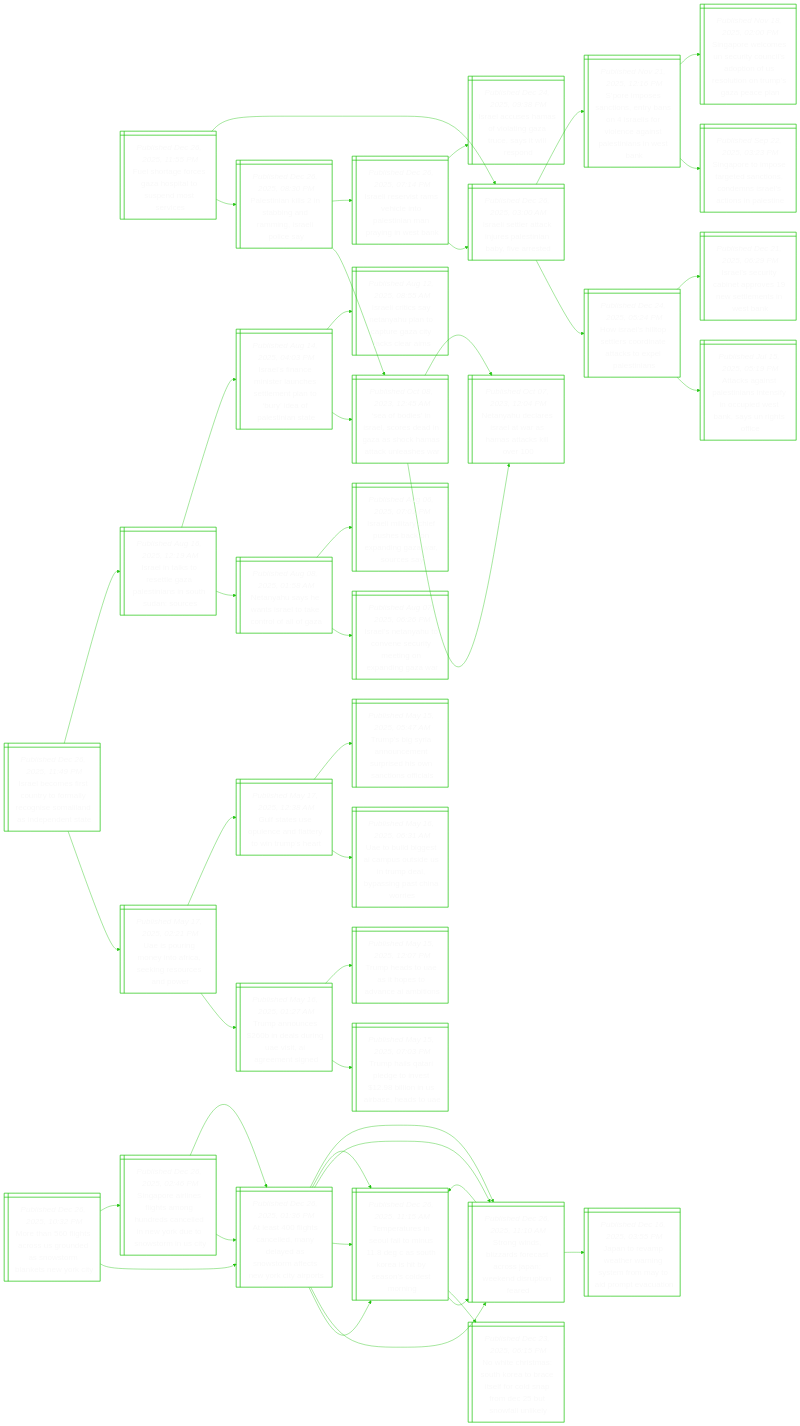
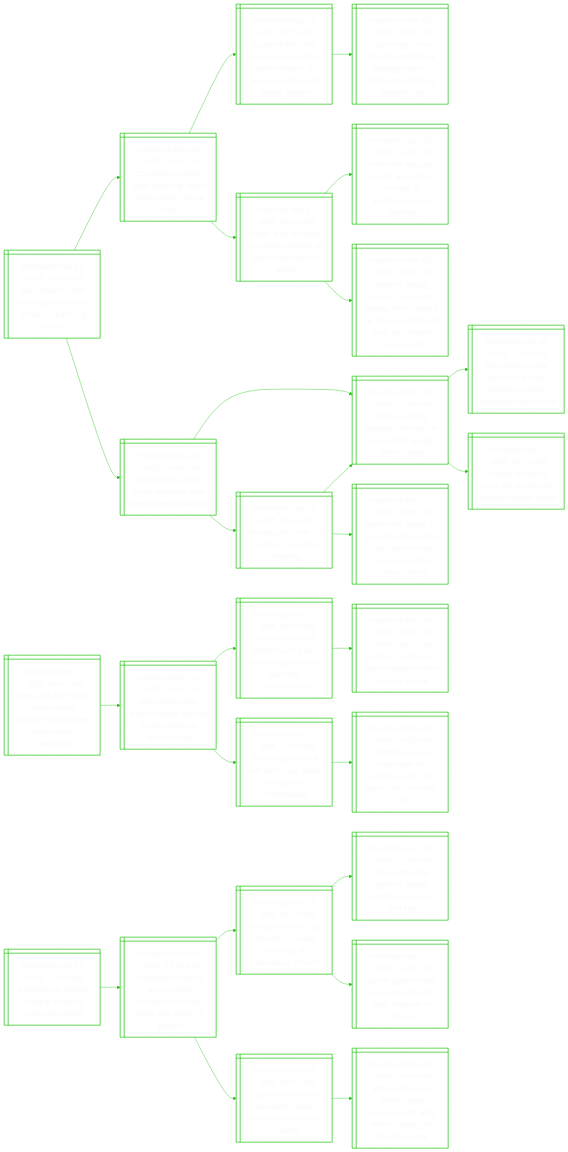
The diagram in README.md (notJmes/notJmes), drawn with Mermaid before and after one commit. The commit also changed other lines of this file, not shown here.

````diff
--- a/README.md
+++ b/README.md
@@ -16,142 +16,88 @@
 flowchart LR
 classDef txtsize font-size:20px;
 
-Fhgczptpors@{ shape: win-pane, label: "_Published Dec 26, 2025, 11:55 PM_
-Fuel shortage forces gaza hospital to suspend most services" }
-Ptnsagagela@{ shape: win-pane, label: "_Published Dec 26, 2025, 08:30 PM_
-Palestinian kills 2 in stabbing and ramming, israeli police say" }
-Sbsrcdnacaale@{ shape: win-pane, label: "_Published Oct 08, 2023, 12:45 AM_
-‘sea of bodies’ in israel, scores dead in gaza as shock hamas attack unleashes war" }
-NyeeawHakl@{ shape: win-pane, label: "_Published Oct 07, 2023, 12:04 PM_
-Netanyahu declares israel at war as hamas attacks kill over 100" }
-NyeeawHakl@{ shape: win-pane, label: "_Published Oct 07, 2023, 12:04 PM_
-Netanyahu declares israel at war as hamas attacks kill over 100" }
-Iletvlosapnen@{ shape: win-pane, label: "_Published Dec 26, 2025, 07:14 PM_
-Israeli reservist rams vehicle into palestinian man praying in west bank" }
-Ilttieeibes@{ shape: win-pane, label: "_Published Dec 26, 2025, 03:00 AM_
-Israeli settler attack injures palestinian baby, five arrested" }
-Ilsmvtauyis@{ shape: win-pane, label: "_Published Dec 24, 2025, 09:38 PM_
-Israel accuses hamas of violating gaza truce, says it will respond" }
-Ilttieeibes@{ shape: win-pane, label: "_Published Dec 26, 2025, 03:00 AM_
-Israeli settler attack injures palestinian baby, five arrested" }
-Hrhotciakxais@{ shape: win-pane, label: "_Published Dec 24, 2025, 05:24 PM_
-How israel’s hilltop settlers coordinate attacks to expel palestinians" }
-AkiaisniuWayioe@{ shape: win-pane, label: "_Published Jul 15, 2025, 05:19 PM_
-Attacks against palestinians intensify in occupied west bank, says un rights office" }
-IluCerntenB@{ shape: win-pane, label: "_Published Dec 21, 2025, 06:29 PM_
-Israel’s security cabinet approves 19 new settlements in west bank" }
-Siecsyoafoenlnit@{ shape: win-pane, label: "_Published Nov 21, 2025, 12:16 PM_
-S’pore imposes sanctions, entry bans on 4 israelis for violence against palestinians in west bank" }
-Sposgsionacsln@{ shape: win-pane, label: "_Published Sep 22, 2025, 03:23 PM_
-Singapore to impose targeted sanctions, condemns israel’s actions in palestine" }
-SpeeetnaiUoorGel@{ shape: win-pane, label: "_Published Nov 18, 2025, 02:00 PM_
-Singapore welcomes un security council’s adoption of us resolution on trump’s gaza peace plan" }
+Mtdrechonsce@{ shape: win-pane, label: "_Published Dec 27, 2025, 03:50 AM_
+Man detained after knife attack on three women in paris city centre" }
+ieaftnurtfas@{ shape: win-pane, label: "_Published Dec 26, 2025, 06:01 PM_
+15 injured in japan after stabbing, liquid spray attack, official says" }
+Scdrkdupecnnnfap@{ shape: win-pane, label: "_Published May 25, 2023, 07:20 PM_
+Suspect held after four killed, including 2 police officers, in japan gun and knife attack: reports" }
+Jhcsnefaghmolgia@{ shape: win-pane, label: "_Published Mar 02, 2023, 02:21 PM_
+Japan high school student arrested for stabbing teacher, admits to mutilating multiple cats" }
+JAiytwkrewt@{ shape: win-pane, label: "_Published Mar 17, 2025, 01:20 PM_
+Japan aum shinrikyo cult widow speaks 30 years after subway attack" }
+UeaJssmaamne@{ shape: win-pane, label: "_Published Jun 10, 2024, 01:00 PM_
+Unlike the yakuza, japan’s latest crime menace is anonymous and faceless" }
+Jsynldaomstrfsreue@{ shape: win-pane, label: "_Published Mar 02, 2023, 06:29 PM_
+Japan’s ‘happy science’ cult leader okawa, who claimed he spoke to spirits of jesus and freddie mercury, dies" }
+Tnsloserlrb@{ shape: win-pane, label: "_Published Dec 26, 2025, 04:14 PM_
+Taiwan holds drill to boost response after deadly metro stabbing" }
+Kwitrseiiroc@{ shape: win-pane, label: "_Published Dec 19, 2025, 07:57 PM_
+Knife-wielding attacker kills three in taipei, dies during police chase" }
+Ngefentsiioaf@{ shape: win-pane, label: "_Published Dec 20, 2025, 12:38 PM_
+No singaporeans affected by knife attacks in taipei: singapore trade office" }
+Tnivuqiesyc@{ shape: win-pane, label: "_Published Dec 20, 2025, 01:50 PM_
+Taiwan president vows full inquiry into deadly subway attack" }
+Tnceeimsi@{ shape: win-pane, label: "_Published Dec 21, 2025, 05:20 PM_
+Taiwan police rule out ‘terrorism’ in metro stabbing" }
+Kwitrseiiroc@{ shape: win-pane, label: "_Published Dec 19, 2025, 07:57 PM_
+Knife-wielding attacker kills three in taipei, dies during police chase" }
+Tiecrhettrfoheh@{ shape: win-pane, label: "_Published Dec 21, 2025, 03:55 PM_
+Taipei knife attack: 57-year-old who tried to stop attacker died from wound that pierced heart" }
 
-Fhgczptpors:::txtsize --> Ptnsagagela:::txtsize
-Ptnsagagela:::txtsize --> Sbsrcdnacaale:::txtsize
-Sbsrcdnacaale:::txtsize --> NyeeawHakl:::txtsize
-Sbsrcdnacaale:::txtsize --> NyeeawHakl:::txtsize
-Ptnsagagela:::txtsize --> Iletvlosapnen:::txtsize
-Iletvlosapnen:::txtsize --> Ilttieeibes:::txtsize
-Iletvlosapnen:::txtsize --> Ilsmvtauyis:::txtsize
-Fhgczptpors:::txtsize --> Ilttieeibes:::txtsize
-Ilttieeibes:::txtsize --> Hrhotciakxais:::txtsize
-Hrhotciakxais:::txtsize --> AkiaisniuWayioe:::txtsize
-Hrhotciakxais:::txtsize --> IluCerntenB:::txtsize
-Ilttieeibes:::txtsize --> Siecsyoafoenlnit:::txtsize
-Siecsyoafoenlnit:::txtsize --> Sposgsionacsln:::txtsize
-Siecsyoafoenlnit:::txtsize --> SpeeetnaiUoorGel:::txtsize
+Mtdrechonsce:::txtsize --> ieaftnurtfas:::txtsize
+ieaftnurtfas:::txtsize --> Scdrkdupecnnnfap:::txtsize
+Scdrkdupecnnnfap:::txtsize --> Jhcsnefaghmolgia:::txtsize
+ieaftnurtfas:::txtsize --> JAiytwkrewt:::txtsize
+JAiytwkrewt:::txtsize --> UeaJssmaamne:::txtsize
+JAiytwkrewt:::txtsize --> Jsynldaomstrfsreue:::txtsize
+Mtdrechonsce:::txtsize --> Tnsloserlrb:::txtsize
+Tnsloserlrb:::txtsize --> Kwitrseiiroc:::txtsize
+Kwitrseiiroc:::txtsize --> Ngefentsiioaf:::txtsize
+Kwitrseiiroc:::txtsize --> Tnivuqiesyc:::txtsize
+Tnsloserlrb:::txtsize --> Tnceeimsi:::txtsize
+Tnceeimsi:::txtsize --> Kwitrseiiroc:::txtsize
+Tnceeimsi:::txtsize --> Tiecrhettrfoheh:::txtsize
 
-Ilmrutmrnolspnt@{ shape: win-pane, label: "_Published Dec 26, 2025, 11:49 PM_
-Israel becomes first country to formally recognise somaliland as independent state" }
-Upneockecdr@{ shape: win-pane, label: "_Published May 17, 2025, 02:21 PM_
-Uae is pouring money into africa, seeking resources and power" }
-TaniliEtrnn@{ shape: win-pane, label: "_Published May 16, 2025, 01:27 AM_
-Trump announces $260b in deals during uae visit, ai agreement signed" }
-ThQignboSaaU@{ shape: win-pane, label: "_Published May 15, 2025, 07:03 PM_
-Trump hails qatari pledge to invest $12.98 billion in us airbase, heads to uae" }
-Thtaoonai@{ shape: win-pane, label: "_Published May 15, 2025, 12:07 PM_
-Trump heads to uae as it hopes to advance ai ambitions" }
-Gtuuelrima@{ shape: win-pane, label: "_Published May 17, 2025, 12:38 AM_
-Gulf states use opulence and flattery to win trump’s heart" }
-Ubbsaodnpbsair@{ shape: win-pane, label: "_Published May 16, 2025, 06:31 AM_
-Uae to build biggest ai campus outside us in trump deal, bypassing past china worries" }
-Tsynctrhntoi@{ shape: win-pane, label: "_Published May 15, 2025, 05:47 AM_
-Trump’s big syria announcement surprised his own sanctions officials" }
-Illrtzeinhnc@{ shape: win-pane, label: "_Published Aug 16, 2025, 12:19 AM_
-Israel in talks to resettle gaza palestinians in south sudan: sources" }
-NyawIlktff@{ shape: win-pane, label: "_Published Aug 08, 2025, 01:58 AM_
-Netanyahu says he wants israel to take control of all of gaza" }
-Ilaunsieoagw@{ shape: win-pane, label: "_Published Aug 07, 2025, 06:26 PM_
-Israel’s netanyahu to convene security meeting on expanding gaza war" }
-Ilicpsoagwus@{ shape: win-pane, label: "_Published Aug 06, 2025, 07:01 PM_
-Israeli military chief pushes back on expanding gaza war, sources say" }
-Ilaiensepoifsat@{ shape: win-pane, label: "_Published Aug 14, 2025, 04:03 PM_
-Israel’s finance minister launches settlement plan to ‘bury’ idea of palestinian state" }
-Sbsrcdnacaale@{ shape: win-pane, label: "_Published Oct 08, 2023, 12:45 AM_
-‘sea of bodies’ in israel, scores dead in gaza as shock hamas attack unleashes war" }
-Iltaauttatkas@{ shape: win-pane, label: "_Published Aug 12, 2025, 08:55 AM_
-Israeli critics say netanyahu plan to capture gaza city lacks clear aims" }
+Nreeaitssmltn@{ shape: win-pane, label: "_Published Dec 27, 2025, 03:02 AM_
+New york to require social media platforms to display mental health warnings" }
+Dairmreidrsi@{ shape: win-pane, label: "_Published Dec 11, 2025, 09:36 PM_
+‘downward spiral’: french mother blames social media for teen’s suicide" }
+Slaheaiptltroi@{ shape: win-pane, label: "_Published Dec 11, 2025, 04:00 PM_
+Social media and children are a bad mix, yet parents still post their photos online" }
+Itooersaisues@{ shape: win-pane, label: "_Published Dec 10, 2025, 08:48 PM_
+‘i didn’t get to say goodbye’: australia’s social media ban stirs unease, praise" }
+Aamleyidnee@{ shape: win-pane, label: "_Published Dec 10, 2025, 12:15 PM_
+Australian mum of late teen says social media ban ‘bittersweet’" }
+Aaombrdnafils@{ shape: win-pane, label: "_Published Dec 09, 2025, 09:32 PM_
+Australia social media ban for children under 16 takes effect in world first" }
 
-Ilmrutmrnolspnt:::txtsize --> Upneockecdr:::txtsize
-Upneockecdr:::txtsize --> TaniliEtrnn:::txtsize
-TaniliEtrnn:::txtsize --> ThQignboSaaU:::txtsize
-TaniliEtrnn:::txtsize --> Thtaoonai:::txtsize
-Upneockecdr:::txtsize --> Gtuuelrima:::txtsize
-Gtuuelrima:::txtsize --> Ubbsaodnpbsair:::txtsize
-Gtuuelrima:::txtsize --> Tsynctrhntoi:::txtsize
-Ilmrutmrnolspnt:::txtsize --> Illrtzeinhnc:::txtsize
-Illrtzeinhnc:::txtsize --> NyawIlktff:::txtsize
-NyawIlktff:::txtsize --> Ilaunsieoagw:::txtsize
-NyawIlktff:::txtsize --> Ilicpsoagwus:::txtsize
-Illrtzeinhnc:::txtsize --> Ilaiensepoifsat:::txtsize
-Ilaiensepoifsat:::txtsize --> Sbsrcdnacaale:::txtsize
-Ilaiensepoifsat:::txtsize --> Iltaauttatkas:::txtsize
+Nreeaitssmltn:::txtsize --> Dairmreidrsi:::txtsize
+Dairmreidrsi:::txtsize --> Slaheaiptltroi:::txtsize
+Slaheaiptltroi:::txtsize --> Itooersaisues:::txtsize
+Dairmreidrsi:::txtsize --> Aamleyidnee:::txtsize
+Aamleyidnee:::txtsize --> Aaombrdnafils:::txtsize
 
-MhiasodornNry@{ shape: win-pane, label: "_Published Dec 26, 2025, 10:32 PM_
-More than 560 flights across us grounded as snowstorm blankets new york city" }
-AsgalnassatYirs@{ shape: win-pane, label: "_Published Dec 26, 2025, 01:36 PM_
-At least 400 flights cancelled, many delayed as snowstorm affects new york city airports" }
-Treeamdshatacsn@{ shape: win-pane, label: "_Published Dec 26, 2025, 11:15 AM_
-Temperatures in seoul fall to minus 11.8 deg c as south korea is hit by season’s coldest morning" }
-Sgszfaraedune@{ shape: win-pane, label: "_Published Dec 26, 2025, 11:10 AM_
-Strong winds, blizzards forecast across japan; weekend disruption feared" }
-Ntishaasodfesaly@{ shape: win-pane, label: "_Published Dec 23, 2025, 06:15 PM_
-No white christmas: south korea to brace itself for cold snap from dec 25 but snowfall unlikely" }
-Sgszfaraedune@{ shape: win-pane, label: "_Published Dec 26, 2025, 11:10 AM_
-Strong winds, blizzards forecast across japan; weekend disruption feared" }
-Treeamdshatacsn@{ shape: win-pane, label: "_Published Dec 26, 2025, 11:15 AM_
-Temperatures in seoul fall to minus 11.8 deg c as south korea is hit by season’s coldest morning" }
-Jtaawntotptun@{ shape: win-pane, label: "_Published Dec 16, 2025, 03:55 PM_
-Japan to revamp weather warning system from may to aid prompt evacuation" }
-Spiegmudcdwdstnt@{ shape: win-pane, label: "_Published Dec 26, 2025, 02:46 PM_
-Singapore airlines flights among hundreds cancelled in new york due to snowstorm in us city" }
-AsgalnassatYirs@{ shape: win-pane, label: "_Published Dec 26, 2025, 01:36 PM_
-At least 400 flights cancelled, many delayed as snowstorm affects new york city airports" }
-Treeamdshatacsn@{ shape: win-pane, label: "_Published Dec 26, 2025, 11:15 AM_
-Temperatures in seoul fall to minus 11.8 deg c as south korea is hit by season’s coldest morning" }
-Sgszfaraedune@{ shape: win-pane, label: "_Published Dec 26, 2025, 11:10 AM_
-Strong winds, blizzards forecast across japan; weekend disruption feared" }
-AsgalnassatYirs@{ shape: win-pane, label: "_Published Dec 26, 2025, 01:36 PM_
-At least 400 flights cancelled, many delayed as snowstorm affects new york city airports" }
-Treeamdshatacsn@{ shape: win-pane, label: "_Published Dec 26, 2025, 11:15 AM_
-Temperatures in seoul fall to minus 11.8 deg c as south korea is hit by season’s coldest morning" }
-Sgszfaraedune@{ shape: win-pane, label: "_Published Dec 26, 2025, 11:10 AM_
-Strong winds, blizzards forecast across japan; weekend disruption feared" }
+Estisnasst@{ shape: win-pane, label: "_Published Dec 27, 2025, 12:29 AM_
+Explosion at alawite mosque in syria’s homs kills eight" }
+Swrtpmachctep@{ shape: win-pane, label: "_Published Jun 25, 2025, 12:06 AM_
+Shadowy extremist group claims damascus church attack that killed 25 people" }
+Asljicogmsc@{ shape: win-pane, label: "_Published Jun 23, 2025, 01:28 AM_
+At least 20 killed, 52 injured in suicide bombing at damascus church" }
+Ievgtyocynq@{ shape: win-pane, label: "_Published Jun 12, 2025, 02:08 PM_
+Isis reactivating fighters, eying comeback in syria and iraq" }
+Snrtedmadse@{ shape: win-pane, label: "_Published May 17, 2025, 10:08 PM_
+Syrian government forces raid islamic state hideouts in aleppo" }
+SnltiARahtoy@{ shape: win-pane, label: "_Published Dec 08, 2024, 08:51 AM_
+Syrian rebels oust president assad; russia says he left the country" }
+Wasrsnnafriben@{ shape: win-pane, label: "_Published Dec 08, 2024, 06:07 PM_
+Whereabouts of syria's assad unknown, with army officers saying he boarded plane" }
 
-MhiasodornNry:::txtsize --> AsgalnassatYirs:::txtsize
-AsgalnassatYirs:::txtsize --> Treeamdshatacsn:::txtsize
-Treeamdshatacsn:::txtsize --> Sgszfaraedune:::txtsize
-Treeamdshatacsn:::txtsize --> Ntishaasodfesaly:::txtsize
-AsgalnassatYirs:::txtsize --> Sgszfaraedune:::txtsize
-Sgszfaraedune:::txtsize --> Treeamdshatacsn:::txtsize
-Sgszfaraedune:::txtsize --> Jtaawntotptun:::txtsize
-MhiasodornNry:::txtsize --> Spiegmudcdwdstnt:::txtsize
-Spiegmudcdwdstnt:::txtsize --> AsgalnassatYirs:::txtsize
-AsgalnassatYirs:::txtsize --> Treeamdshatacsn:::txtsize
-AsgalnassatYirs:::txtsize --> Sgszfaraedune:::txtsize
-Spiegmudcdwdstnt:::txtsize --> AsgalnassatYirs:::txtsize
-AsgalnassatYirs:::txtsize --> Treeamdshatacsn:::txtsize
-AsgalnassatYirs:::txtsize --> Sgszfaraedune:::txtsize
+Estisnasst:::txtsize --> Swrtpmachctep:::txtsize
+Swrtpmachctep:::txtsize --> Asljicogmsc:::txtsize
+Asljicogmsc:::txtsize --> Ievgtyocynq:::txtsize
+Asljicogmsc:::txtsize --> Snrtedmadse:::txtsize
+Swrtpmachctep:::txtsize --> SnltiARahtoy:::txtsize
+SnltiARahtoy:::txtsize --> Wasrsnnafriben:::txtsize
 
 ```
````
